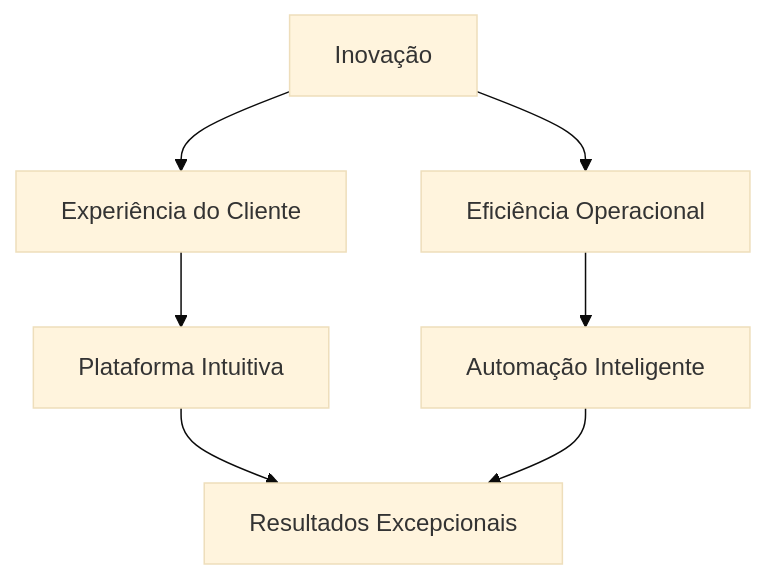
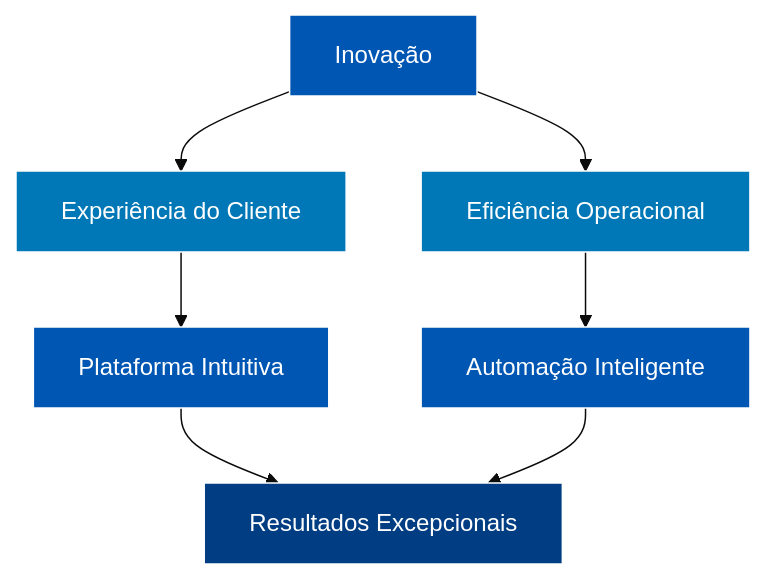
One commit to ValorizaBIDados/ValorizaBIDados changed the first of 3 diagrams in README.md. Above: the diagram before and after it, drawn with Mermaid (base theme). The commit also changed other lines of this file, not shown here.

`````diff
--- a/README.md
+++ b/README.md
@@ -20,9 +11,15 @@
 ```mermaid
 graph TD;
     A[Inovação] --> B[Experiência do Cliente];
     A --> C[Eficiência Operacional];
     B --> D[Plataforma Intuitiva];
     C --> E[Automação Inteligente];
     D --> F[Resultados Excepcionais];
     E --> F;
-```
+    style A fill:#0056b3,stroke:#fff,color:#fff
+    style B fill:#0077B6,stroke:#fff,color:#fff
+    style C fill:#0077B6,stroke:#fff,color:#fff
+    style D fill:#0056b3,stroke:#fff,color:#fff
+    style E fill:#0056b3,stroke:#fff,color:#fff
+    style F fill:#003d82,stroke:#fff,color:#fff
+````
`````
